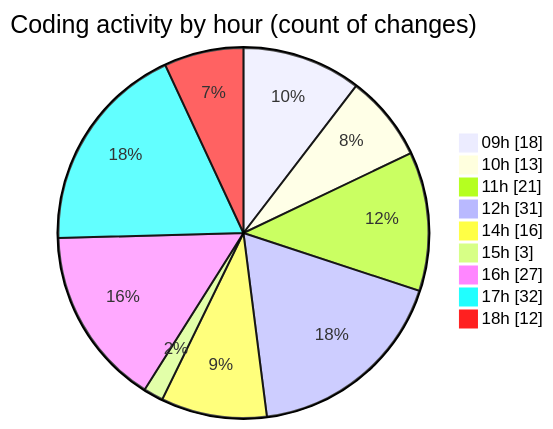
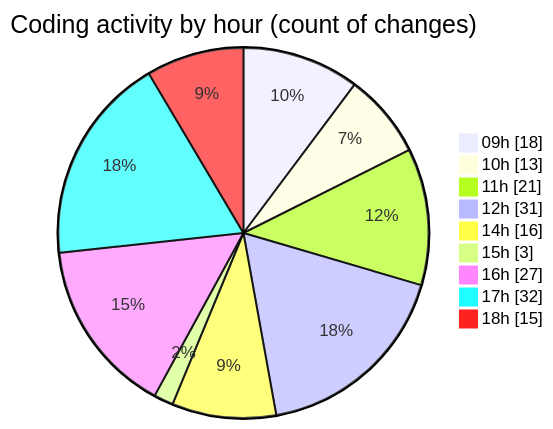
One commit to momahboobian/code-tracking changed the second of 2 diagrams in 2026-08-12/cda/README.md. Above: the diagram before and after it, drawn with Mermaid. The commit also changed other lines of this file and 1 other file, not shown here.

````diff
--- a/2026-08-12/cda/README.md
+++ b/2026-08-12/cda/README.md
@@ -76,13 +76,13 @@
 ```mermaid
 pie showData
 title Coding activity by hour (count of changes)
 "09h" : 18
 "10h" : 13
 "11h" : 21
 "12h" : 31
 "14h" : 16
 "15h" : 3
 "16h" : 27
 "17h" : 32
-"18h" : 12
+"18h" : 15
 ```
````
